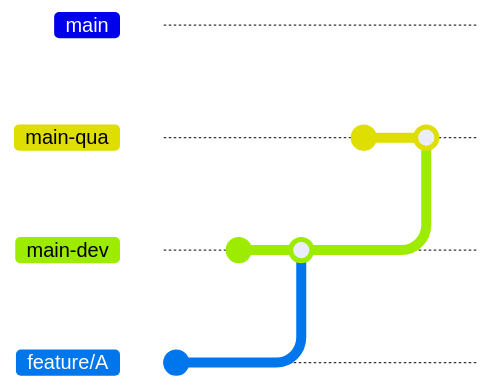
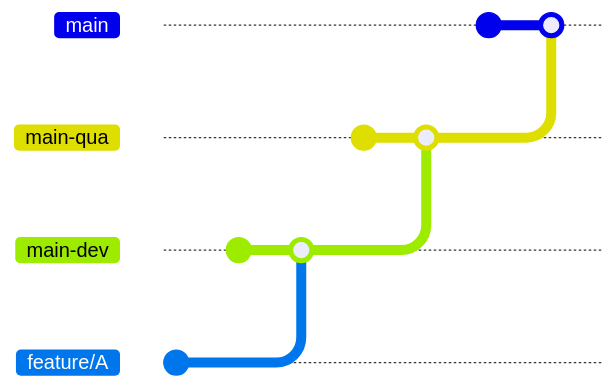
Before and after one commit to petitess/markdown: the first of 5 diagrams in mermaid04.md, drawn with Mermaid. Commit ids are hidden.

````diff
--- a/mermaid04.md
+++ b/mermaid04.md
@@ -1,14 +1,17 @@
 ```mermaid
 
 gitGraph
        branch main-qua
        branch main-dev
        branch feature/A
        commit
        checkout main-dev
        commit
        merge feature/A
        checkout main-qua
        commit
        merge main-dev
+       checkout main
+       commit
+       merge main-qua
 ```
````
